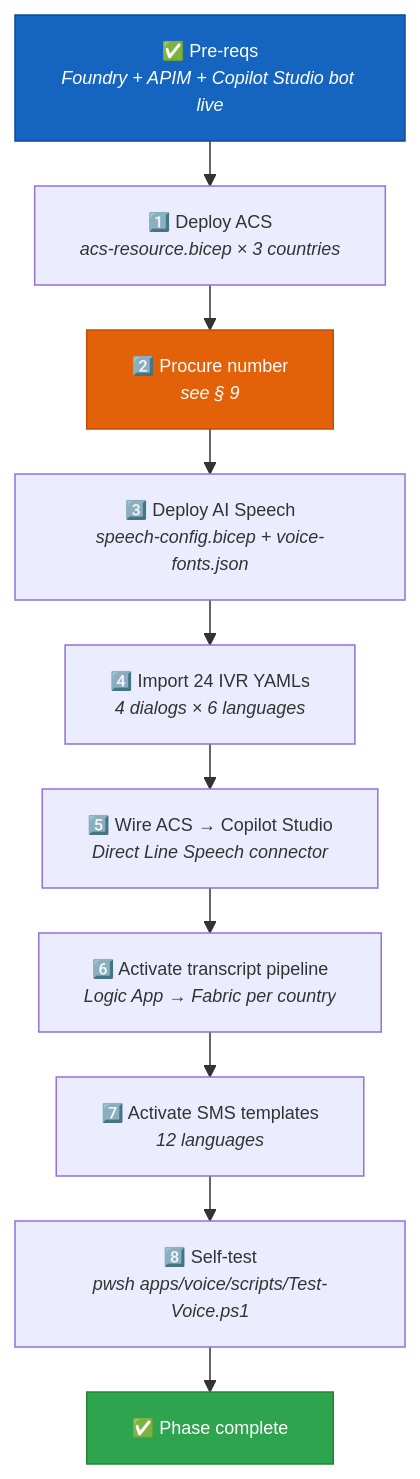
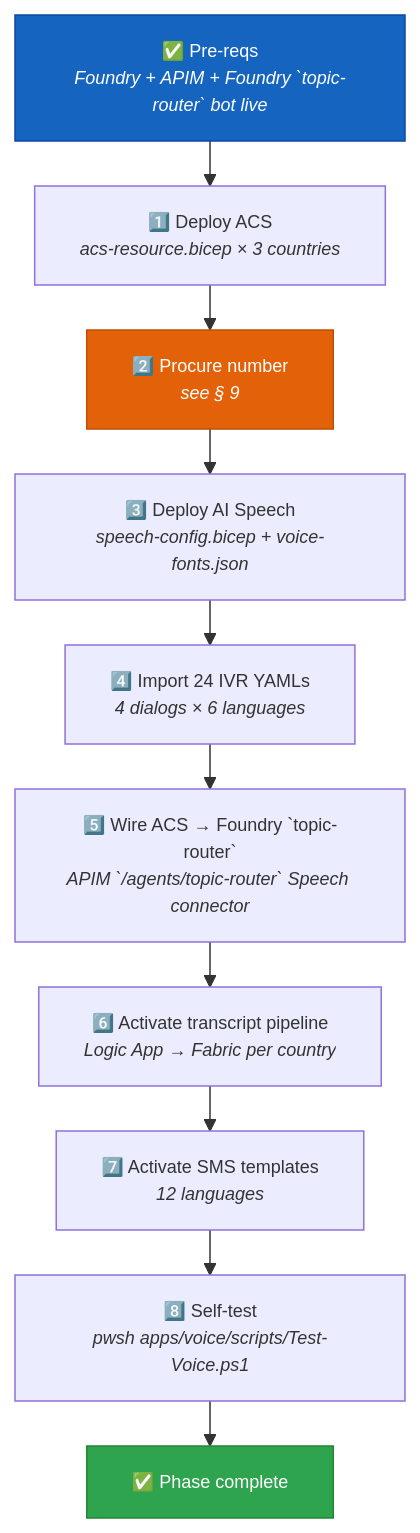
One commit to fredgis/UDCSP changed the fifth of 5 diagrams in docs/biz/voice.md. Above: the diagram before and after it, drawn with Mermaid. The commit also changed other lines of this file and 193 other files, not shown here.

````diff
--- a/docs/biz/voice.md
+++ b/docs/biz/voice.md
@@ -413,20 +368,20 @@
 ```mermaid
 %%{ init: { 'flowchart': { 'nodeSpacing': 25, 'rankSpacing': 30 }, 'themeVariables': { 'fontSize': '12px' } } }%%
 flowchart TB
-    P0["✅ Pre-reqs<br/><i>Foundry + APIM + Copilot Studio bot live</i>"]
+    P0["✅ Pre-reqs<br/><i>Foundry + APIM + Foundry `topic-router` bot live</i>"]
     P1["1️⃣ Deploy ACS<br/><i>acs-resource.bicep × 3 countries</i>"]
     P2["2️⃣ Procure number<br/><i>see § 9</i>"]
     P3["3️⃣ Deploy AI Speech<br/><i>speech-config.bicep + voice-fonts.json</i>"]
     P4["4️⃣ Import 24 IVR YAMLs<br/><i>4 dialogs × 6 languages</i>"]
-    P5["5️⃣ Wire ACS → Copilot Studio<br/><i>Direct Line Speech connector</i>"]
+    P5["5️⃣ Wire ACS → Foundry `topic-router`<br/><i>APIM `/agents/topic-router` Speech connector</i>"]
     P6["6️⃣ Activate transcript pipeline<br/><i>Logic App → Fabric per country</i>"]
     P7["7️⃣ Activate SMS templates<br/><i>12 languages</i>"]
     P8["8️⃣ Self-test<br/><i>pwsh apps/voice/scripts/Test-Voice.ps1</i>"]
     P9["✅ Phase complete"]
 
     P0 --> P1 --> P2 --> P3 --> P4 --> P5 --> P6 --> P7 --> P8 --> P9
 
     style P0 fill:#1565c0,stroke:#0d47a1,color:#fff
     style P9 fill:#2ea44f,stroke:#238636,color:#fff
     style P2 fill:#e36209,stroke:#c24e00,color:#fff
 ```
````
